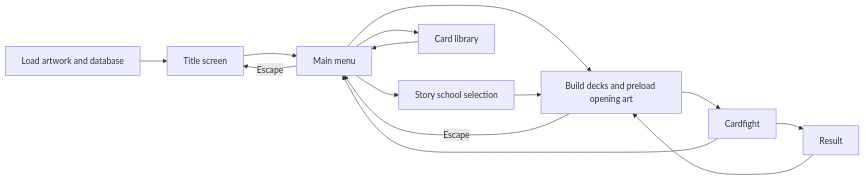
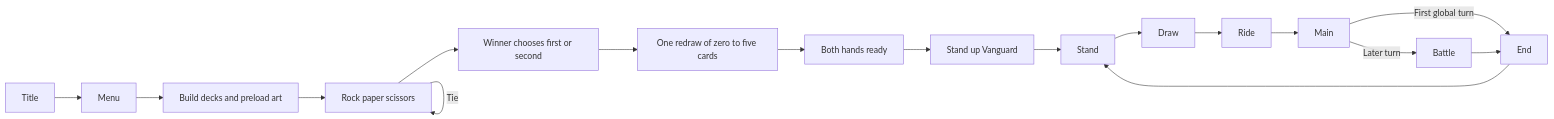
Before and after one commit to AliPhilip05/CardfightSimulator: the diagram in CF-Vanguard/docs/architecture.md, drawn with Mermaid. The commit also changed other lines of this file and 97 other files, not shown here.

Commit message:
Add Vanguard fight setup, live battle HUD, and smooth card motion

````diff
--- a/CF-Vanguard/docs/architecture.md
+++ b/CF-Vanguard/docs/architecture.md
@@ -7,16 +7,19 @@
 ```mermaid
 flowchart LR
-    Boot[Load artwork and database] --> Title[Title screen]
-    Title --> Menu[Main menu]
-    Menu --> Route[Story school selection]
-    Menu --> Loading[Build decks and preload opening art]
-    Route --> Loading
-    Loading --> Match[Cardfight]
-    Menu --> Library[Card library]
-    Match --> Result[Result]
-    Result --> Loading
-    Match --> Menu
-    Library --> Menu
-    Loading -->|Escape| Menu
-    Menu -->|Escape| Title
+    Title --> Menu
+    Menu --> Loading[Build decks and preload art]
+    Loading --> RPS[Rock paper scissors]
+    RPS -->|Tie| RPS
+    RPS --> Order[Winner chooses first or second]
+    Order --> Mulligan[One redraw of zero to five cards]
+    Mulligan --> Ready[Both hands ready]
+    Ready --> StandUp[Stand up Vanguard]
+    StandUp --> Stand
+    Stand --> Draw
+    Draw --> Ride
+    Ride --> Main
+    Main -->|First global turn| End
+    Main -->|Later turn| Battle
+    Battle --> End
+    End --> Stand
 ```
````
